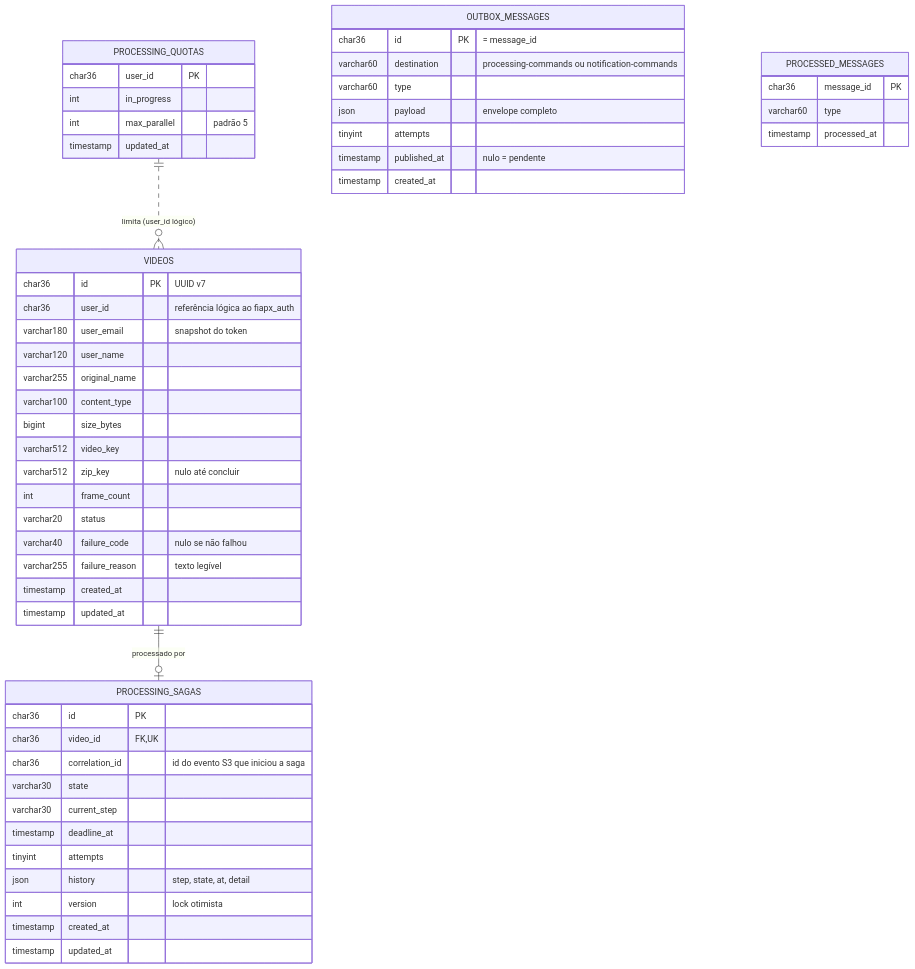
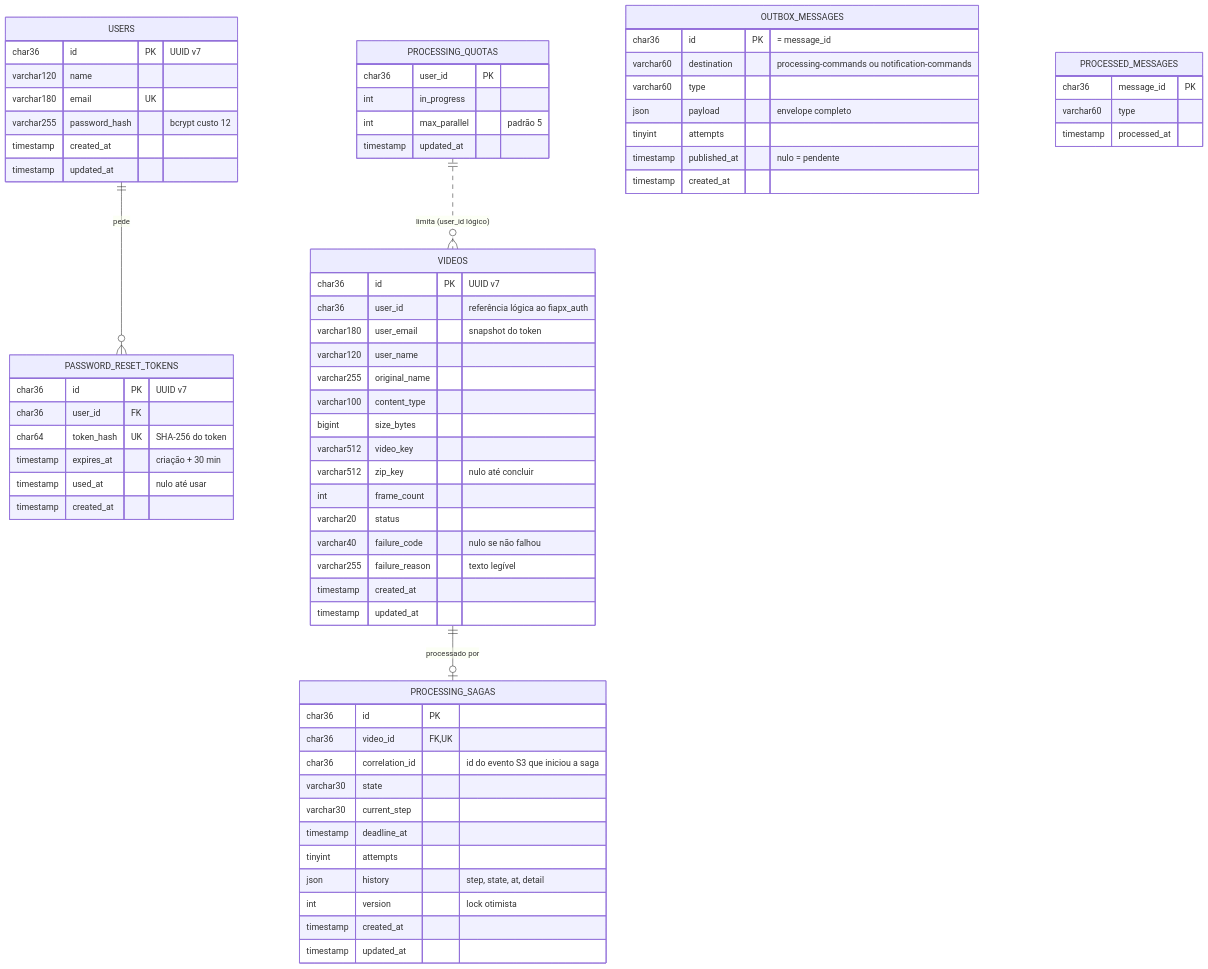
One commit to hackathon-fiap-soat/fiapx-docs changed the diagram in 03-arquitetura/modelo-de-dados.md. Above: the diagram before and after it, drawn with Mermaid. The commit also changed other lines of this file and 129 other files, not shown here.

First line of the commit message:
docs: recuperação e troca de senha + diagramas organizados por assunto (#4)

````diff
--- a/03-arquitetura/modelo-de-dados.md
+++ b/03-arquitetura/modelo-de-dados.md
@@ -33,56 +23,73 @@
 ```mermaid
 erDiagram
+  USERS ||--o{ PASSWORD_RESET_TOKENS : "pede"
+  USERS {
+    char36 id PK "UUID v7"
+    varchar120 name
+    varchar180 email UK
+    varchar255 password_hash "bcrypt custo 12"
+    timestamp created_at
+    timestamp updated_at
+  }
+  PASSWORD_RESET_TOKENS {
+    char36 id PK "UUID v7"
+    char36 user_id FK
+    char64 token_hash UK "SHA-256 do token"
+    timestamp expires_at "criação + 30 min"
+    timestamp used_at "nulo até usar"
+    timestamp created_at
+  }
   VIDEOS ||--o| PROCESSING_SAGAS : "processado por"
   PROCESSING_QUOTAS ||..o{ VIDEOS : "limita (user_id lógico)"
 
   VIDEOS {
     char36 id PK "UUID v7"
     char36 user_id "referência lógica ao fiapx_auth"
     varchar180 user_email "snapshot do token"
     varchar120 user_name
     varchar255 original_name
     varchar100 content_type
     bigint size_bytes
     varchar512 video_key
     varchar512 zip_key "nulo até concluir"
     int frame_count
     varchar20 status
     varchar40 failure_code "nulo se não falhou"
     varchar255 failure_reason "texto legível"
     timestamp created_at
     timestamp updated_at
   }
   PROCESSING_SAGAS {
     char36 id PK
     char36 video_id FK,UK
     char36 correlation_id "id do evento S3 que iniciou a saga"
     varchar30 state
     varchar30 current_step
     timestamp deadline_at
     tinyint attempts
     json history "step, state, at, detail"
     int version "lock otimista"
     timestamp created_at
     timestamp updated_at
   }
   PROCESSING_QUOTAS {
     char36 user_id PK
     int in_progress
     int max_parallel "padrão 5"
     timestamp updated_at
   }
   OUTBOX_MESSAGES {
     char36 id PK "= message_id"
     varchar60 destination "processing-commands ou notification-commands"
     varchar60 type
     json payload "envelope completo"
     tinyint attempts
     timestamp published_at "nulo = pendente"
     timestamp created_at
   }
   PROCESSED_MESSAGES {
     char36 message_id PK
     varchar60 type
     timestamp processed_at
   }
 ```
````
